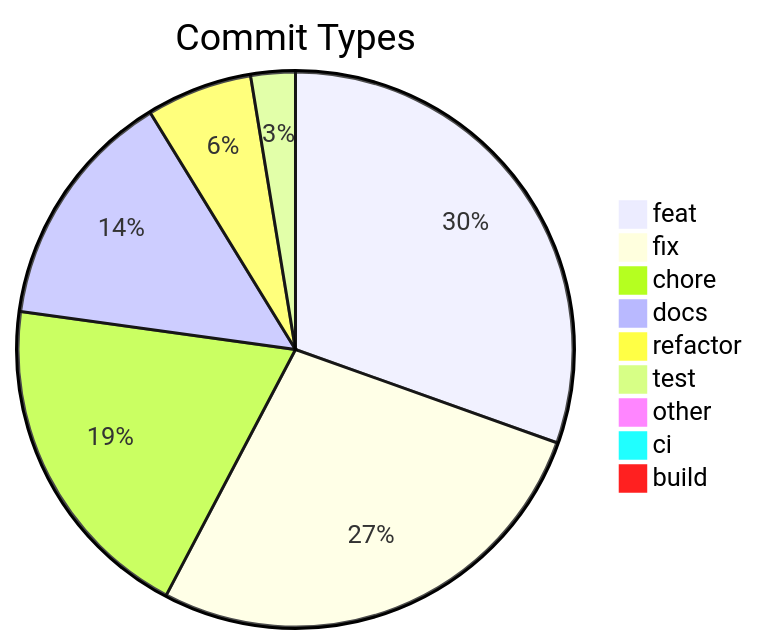
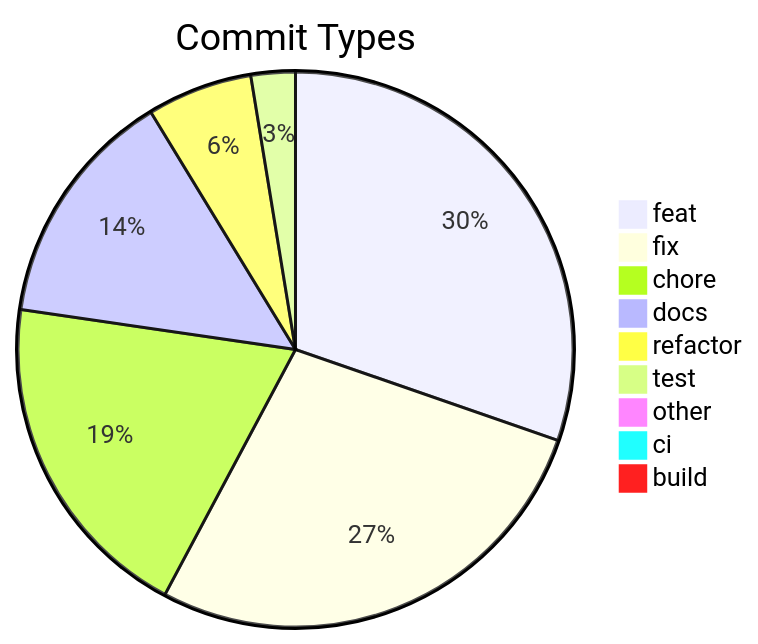
One commit to svenroth-ai/shipwright changed the diagram in .shipwright/compliance/change-history.md. Above: the diagram before and after it, drawn with Mermaid. The commit also changed other lines of this file and 18 other files, not shown here.

````diff
--- a/.shipwright/compliance/change-history.md
+++ b/.shipwright/compliance/change-history.md
@@ -8,12 +8,12 @@
 ```mermaid
 pie title Commit Types
     "feat" : 247
-    "fix" : 221
-    "chore" : 158
+    "fix" : 224
+    "chore" : 159
     "docs" : 114
     "refactor" : 50
     "test" : 21
     "other" : 7
     "ci" : 5
     "build" : 1
 ```
````
